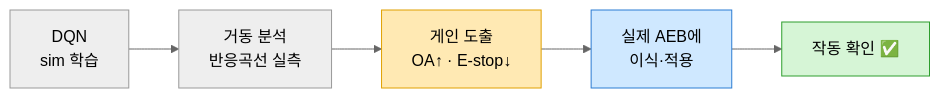
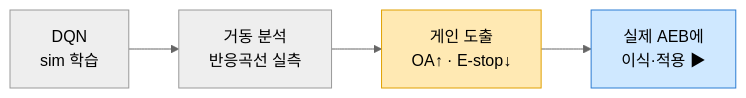
The diagram in ppt_gain_applied.md (uihyeong/isaac-aeb-vs-dqn), drawn with Mermaid (neutral theme) before and after one commit. The commit also changed other lines of this file, not shown here.

````diff
--- a/ppt_gain_applied.md
+++ b/ppt_gain_applied.md
@@ -10,10 +10,8 @@
 ```mermaid
 flowchart LR
     A[DQN<br/>sim 학습] --> B[거동 분석<br/>반응곡선 실측]
     B --> C[게인 도출<br/>OA↑ · E-stop↓]
-    C --> D[실제 AEB에<br/>이식·적용]
-    D --> E[작동 확인 ✅]
+    C --> D[실제 AEB에<br/>이식·적용 ▶]
     style C fill:#ffe9b3,stroke:#e0a000
     style D fill:#cfe8ff,stroke:#2b7cd3
-    style E fill:#d6f5d6,stroke:#2e9e2e
 ```
````
